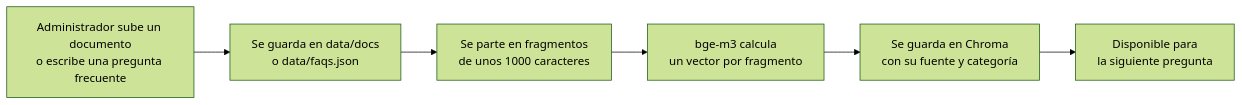
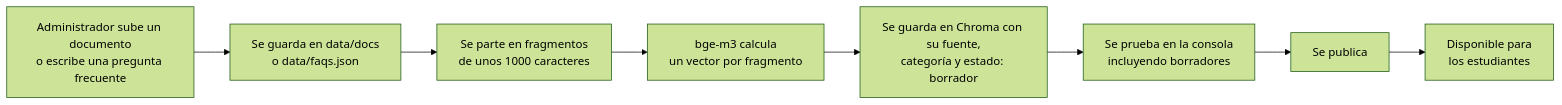
The third of 3 diagrams in docs/arquitectura.md (DIDDY616/Chatbot), drawn with Mermaid (forest theme) before and after one commit. The commit also changed other lines of this file and 88 other files, not shown here.

````diff
--- a/docs/arquitectura.md
+++ b/docs/arquitectura.md
@@ -103,8 +113,10 @@
 ```mermaid
 flowchart LR
     A[Administrador sube un documento<br>o escribe una pregunta frecuente] --> B[Se guarda en data/docs<br>o data/faqs.json]
     B --> C[Se parte en fragmentos<br>de unos 1000 caracteres]
     C --> D[bge-m3 calcula<br>un vector por fragmento]
-    D --> E[Se guarda en Chroma<br>con su fuente y categoría]
-    E --> F[Disponible para<br>la siguiente pregunta]
+    D --> E[Se guarda en Chroma con su fuente,<br>categoría y estado: borrador]
+    E --> G[Se prueba en la consola<br>incluyendo borradores]
+    G --> H[Se publica]
+    H --> F[Disponible para<br>los estudiantes]
 ```
````
